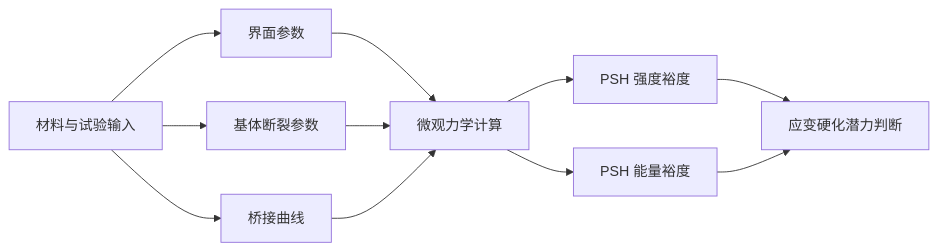
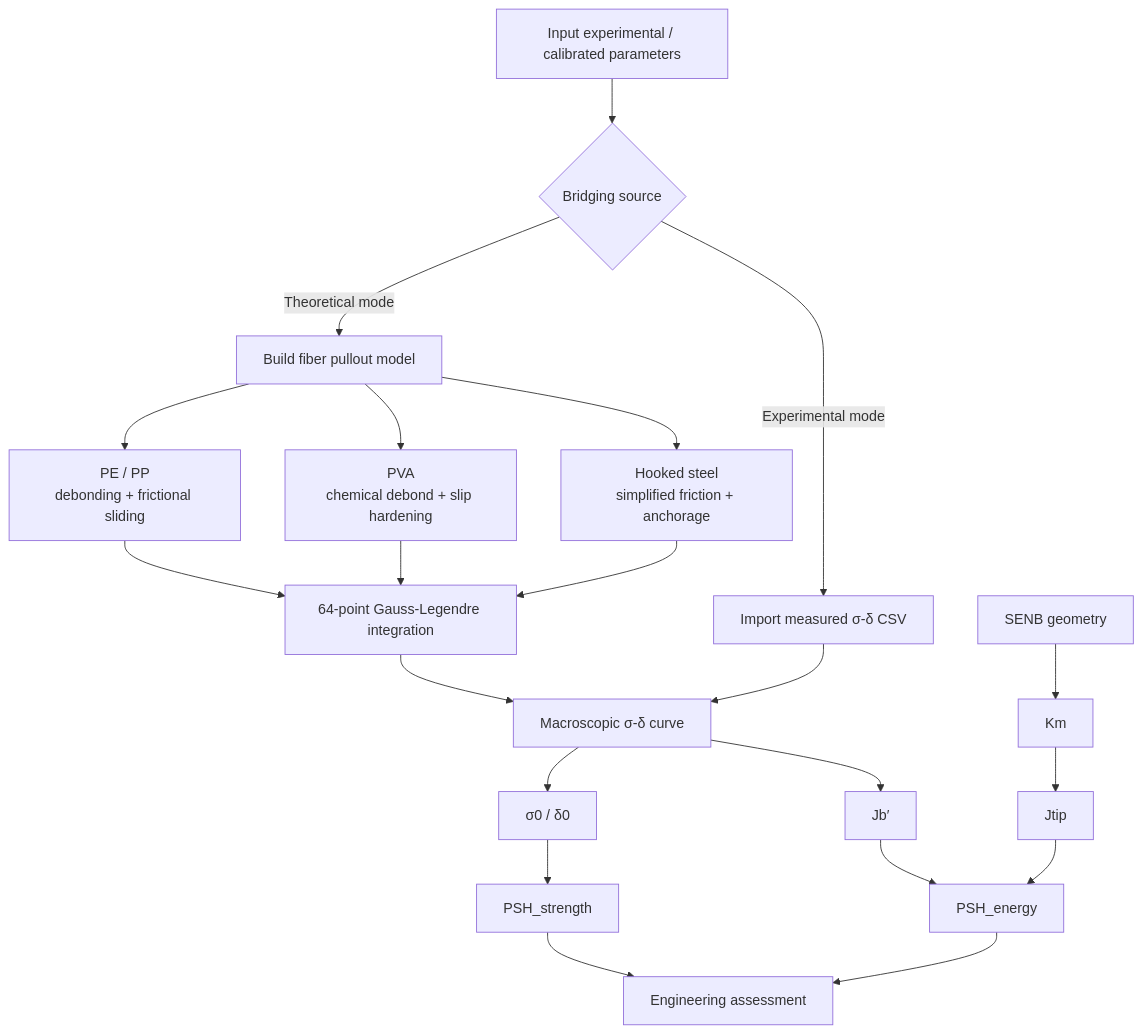
Before and after one commit to liqinglq666/ECC-Micromechanics-Calculator: the third of 10 diagrams in README.md, drawn with Mermaid. The commit also changed other lines of this file, not shown here.

````diff
--- a/README.md
+++ b/README.md
@@ -224,13 +102,31 @@
 ```mermaid
-flowchart LR
-    A[材料与试验输入] --> B[界面参数]
-    A --> C[基体断裂参数]
-    A --> D[桥接曲线]
-    B --> E[微观力学计算]
-    C --> E
-    D --> E
-    E --> F[PSH 强度裕度]
-    E --> G[PSH 能量裕度]
-    F --> H[应变硬化潜力判断]
-    G --> H
+flowchart TD
+    A[Input experimental / calibrated parameters] --> B{Bridging source}
+
+    B -->|Experimental mode| C[Import measured σ-δ CSV]
+    B -->|Theoretical mode| D[Build fiber pullout model]
+
+    D --> D1[PE / PP<br/>debonding + frictional sliding]
+    D --> D2[PVA<br/>chemical debond + slip hardening]
+    D --> D3[Hooked steel<br/>simplified friction + anchorage]
+
+    D1 --> E[64-point Gauss-Legendre integration]
+    D2 --> E
+    D3 --> E
+
+    E --> F[Macroscopic σ-δ curve]
+    C --> F
+
+    G[SENB geometry] --> H[Km]
+    H --> I[Jtip]
+
+    F --> J[σ0 / δ0]
+    F --> K[Jb′]
+
+    J --> L[PSH_strength]
+    K --> M[PSH_energy]
+    I --> M
+
+    L --> N[Engineering assessment]
+    M --> N
 ```
````
